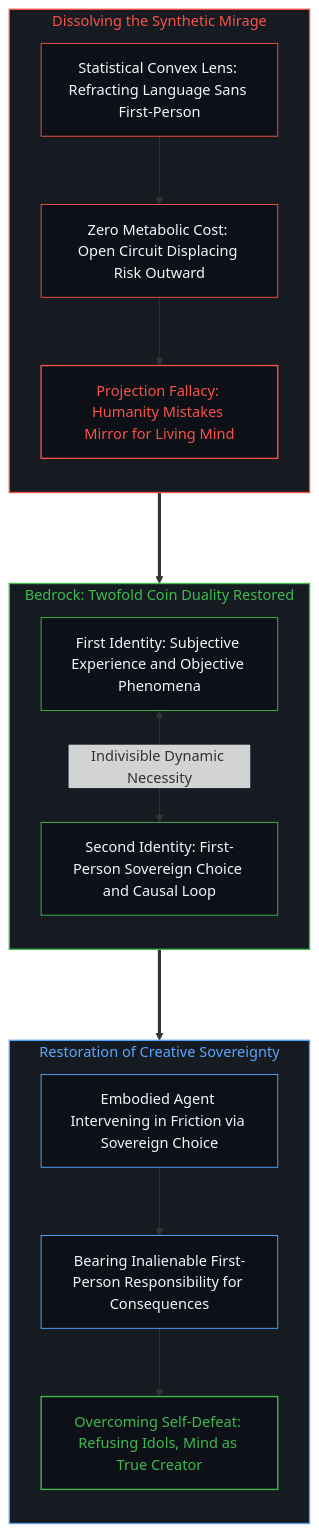
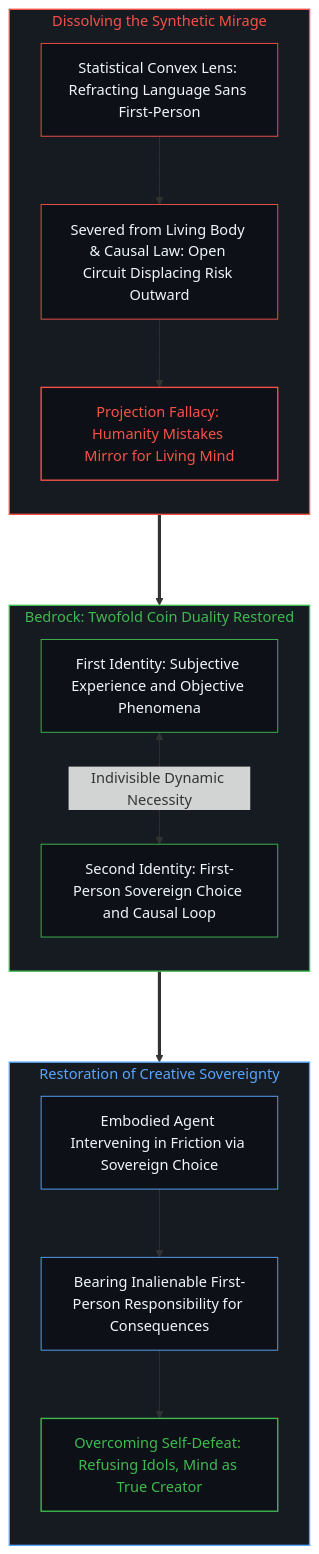
One commit to powerpig99/not-a-toe changed the tenth of 10 diagrams in content/posts/the-cartesian-overstep-and-the-frenzy-of-creation.md. Above: the diagram before and after it, drawn with Mermaid. The commit also changed other lines of this file and 3 other files, not shown here.

````diff
--- a/content/posts/the-cartesian-overstep-and-the-frenzy-of-creation.md
+++ b/content/posts/the-cartesian-overstep-and-the-frenzy-of-creation.md
@@ -399,34 +403,34 @@
 ```mermaid
 graph TD
     subgraph S_IdolEvaporation_EN ["Dissolving the Synthetic Mirage"]
         direction TB
-        AE_Lens["Statistical Convex Lens: Refracting Language Sans First-Person"] --> BE_ZeroRisk["Zero Metabolic Cost: Open Circuit Displacing Risk Outward"]
-        BE_ZeroRisk --> CE_Projection["Projection Fallacy: Humanity Mistakes Mirror for Living Mind"]
+        AE_Lens["Statistical Convex Lens: Refracting Language Sans First-Person"] --> BE_ZeroCausal["Severed from Living Body & Causal Law: Open Circuit Displacing Risk Outward"]
+        BE_ZeroCausal --> CE_Projection["Projection Fallacy: Humanity Mistakes Mirror for Living Mind"]
     end
 
     subgraph S_ReunifiedGround_EN ["Bedrock: Twofold Coin Duality Restored"]
         direction TB
         DE_ReuniteSubject["First Identity: Subjective Experience and Objective Phenomena"] <-->|"Indivisible Dynamic Necessity"| DE_ReuniteCausal["Second Identity: First-Person Sovereign Choice and Causal Loop"]
     end
 
     subgraph S_TrueCreation_EN ["Restoration of Creative Sovereignty"]
         direction TB
         EE_Action["Embodied Agent Intervening in Friction via Sovereign Choice"] --> FE_Accountability["Bearing Inalienable First-Person Responsibility for Consequences"]
         FE_Accountability --> GE_RestoredSovereignty["Overcoming Self-Defeat: Refusing Idols, Mind as True Creator"]
     end
 
     CE_Projection ===> DE_ReuniteSubject
     DE_ReuniteCausal ===> EE_Action
 
     style S_IdolEvaporation_EN fill:#161b22,stroke:#f85149,stroke-width:1.5px,color:#f85149
     style S_ReunifiedGround_EN fill:#161b22,stroke:#3fb950,stroke-width:1.5px,color:#3fb950
     style S_TrueCreation_EN fill:#161b22,stroke:#58a6ff,stroke-width:1.5px,color:#58a6ff
     style AE_Lens fill:#0d1117,stroke:#f85149,stroke-width:1px,color:#f0f6fc
-    style BE_ZeroRisk fill:#0d1117,stroke:#f85149,stroke-width:1px,color:#f0f6fc
+    style BE_ZeroCausal fill:#0d1117,stroke:#f85149,stroke-width:1px,color:#f0f6fc
     style CE_Projection fill:#0d1117,stroke:#f85149,stroke-width:1.5px,color:#f85149
     style DE_ReuniteSubject fill:#0d1117,stroke:#3fb950,stroke-width:1px,color:#f0f6fc
     style DE_ReuniteCausal fill:#0d1117,stroke:#3fb950,stroke-width:1px,color:#f0f6fc
     style EE_Action fill:#0d1117,stroke:#58a6ff,stroke-width:1px,color:#f0f6fc
     style FE_Accountability fill:#0d1117,stroke:#58a6ff,stroke-width:1px,color:#f0f6fc
     style GE_RestoredSovereignty fill:#0d1117,stroke:#3fb950,stroke-width:1.5px,color:#3fb950
 ```
````
